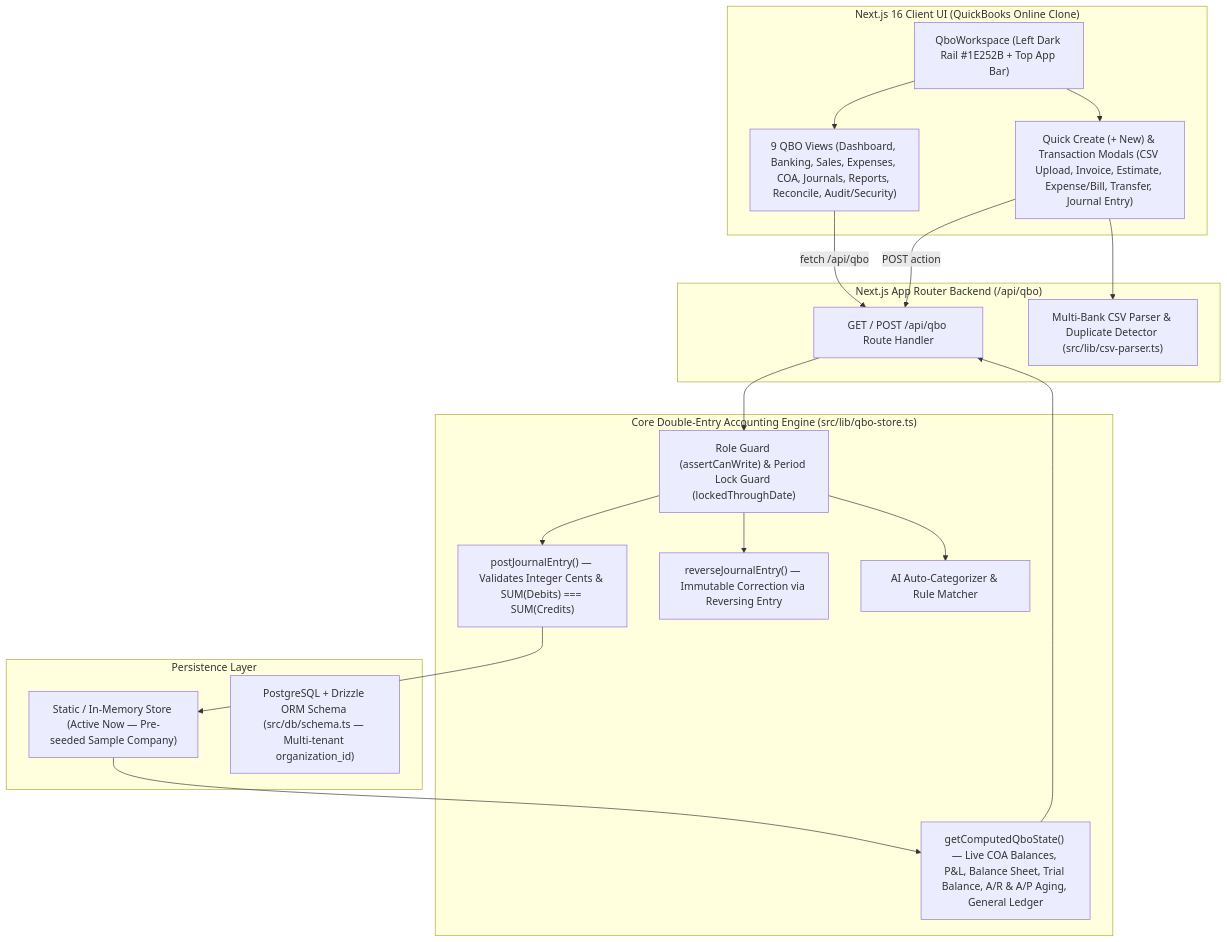
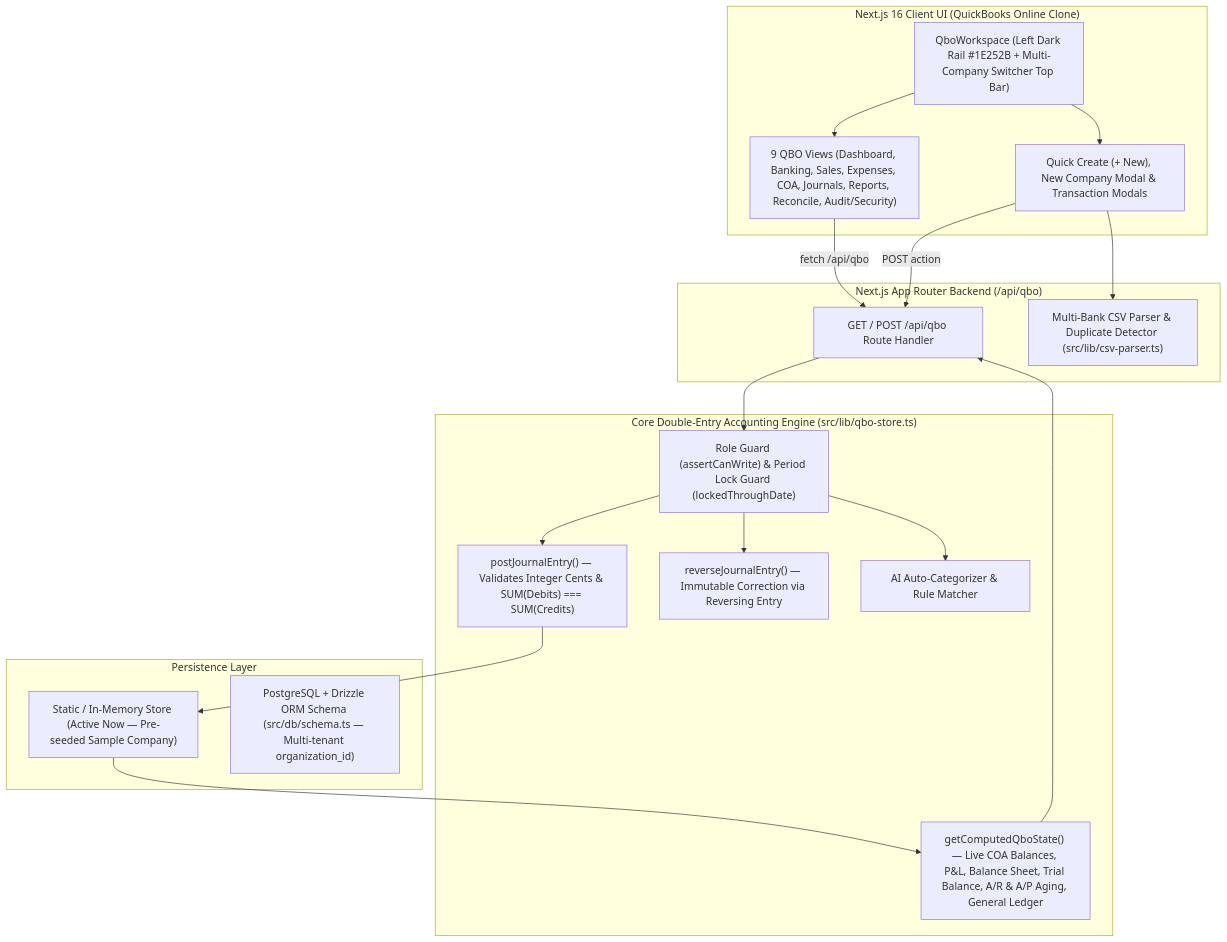
Before and after one commit to enterandpost02/quickbook: the diagram in docs/ARCHITECTURE.md, drawn with Mermaid. The commit also changed 5 other files, not shown here.

Commit message:
Add multi-company switcher, New Company creation modal, and tenant-isolated Supabase persistence

````diff
--- a/docs/ARCHITECTURE.md
+++ b/docs/ARCHITECTURE.md
@@ -9,39 +9,39 @@
 ```mermaid
 flowchart TB
     subgraph Client["Next.js 16 Client UI (QuickBooks Online Clone)"]
-        Workspace["QboWorkspace (Left Dark Rail #1E252B + Top App Bar)"]
+        Workspace["QboWorkspace (Left Dark Rail #1E252B + Multi-Company Switcher Top Bar)"]
         Views["9 QBO Views (Dashboard, Banking, Sales, Expenses, COA, Journals, Reports, Reconcile, Audit/Security)"]
-        Modals["Quick Create (+ New) & Transaction Modals (CSV Upload, Invoice, Estimate, Expense/Bill, Transfer, Journal Entry)"]
+        Modals["Quick Create (+ New), New Company Modal & Transaction Modals"]
     end
 
     subgraph API["Next.js App Router Backend (/api/qbo)"]
         RouteHandler["GET / POST /api/qbo Route Handler"]
         CSVParser["Multi-Bank CSV Parser & Duplicate Detector (src/lib/csv-parser.ts)"]
     end
 
     subgraph Engine["Core Double-Entry Accounting Engine (src/lib/qbo-store.ts)"]
         RBAC["Role Guard (assertCanWrite) & Period Lock Guard (lockedThroughDate)"]
         PostEntry["postJournalEntry() — Validates Integer Cents & SUM(Debits) === SUM(Credits)"]
         Reversal["reverseJournalEntry() — Immutable Correction via Reversing Entry"]
         AICat["AI Auto-Categorizer & Rule Matcher"]
         Aggregator["getComputedQboState() — Live COA Balances, P&L, Balance Sheet, Trial Balance, A/R & A/P Aging, General Ledger"]
     end
 
     subgraph Storage["Persistence Layer"]
         InMemory["Static / In-Memory Store (Active Now — Pre-seeded Sample Company)"]
         Postgres["PostgreSQL + Drizzle ORM Schema (src/db/schema.ts — Multi-tenant organization_id)"]
     end
 
     Workspace --> Views
     Workspace --> Modals
     Views -->|fetch /api/qbo| RouteHandler
     Modals -->|POST action| RouteHandler
     Modals --> CSVParser
     RouteHandler --> RBAC
     RBAC --> PostEntry
     RBAC --> Reversal
     RBAC --> AICat
     PostEntry --> InMemory
     InMemory --> Aggregator
     Aggregator --> RouteHandler
 ```
````
